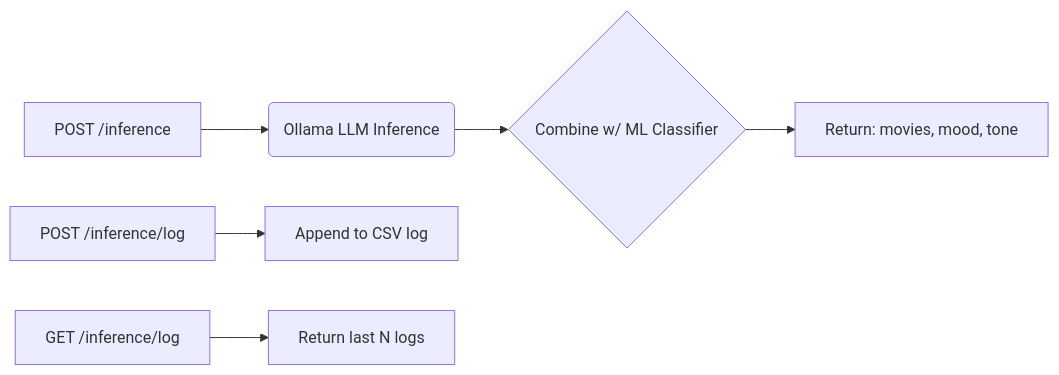
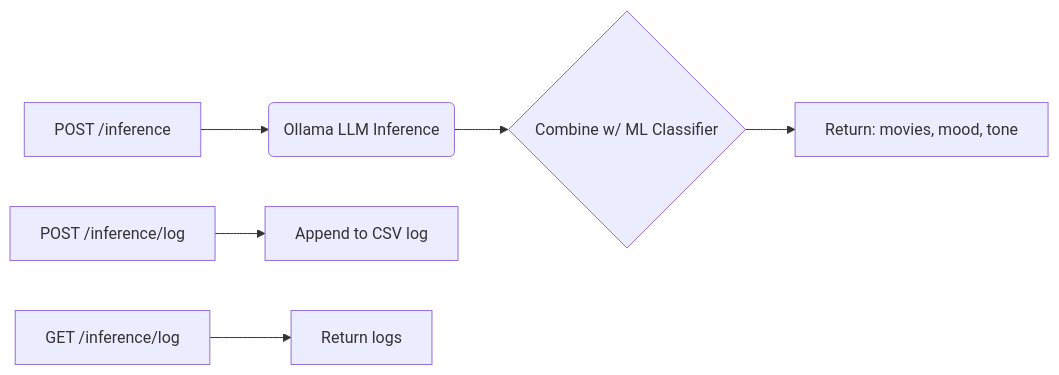
One commit to Prithwis-2023/MoodFlix changed the second of 2 diagrams in README2.md. Above: the diagram before and after it, drawn with Mermaid. The commit also changed other lines of this file and 27 other files, not shown here.

````diff
--- a/README2.md
+++ b/README2.md
@@ -74,11 +74,11 @@
 ```mermaid
 graph LR
   A[POST /inference] --> B(Ollama LLM Inference)
   B --> C{Combine w/ ML Classifier}
   C --> D[Return: movies, mood, tone]
 
   E[POST /inference/log] --> F[Append to CSV log]
 
-  G[GET /inference/log] --> H[Return last N logs]
+  G[GET /inference/log] --> H[Return logs]
 
 ```
````
